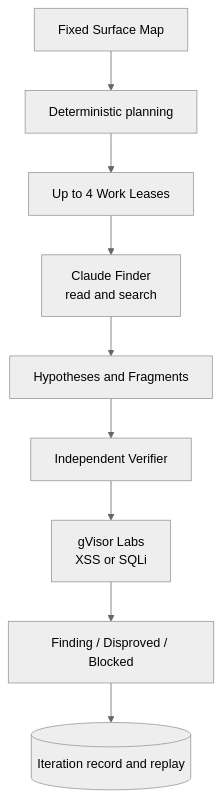
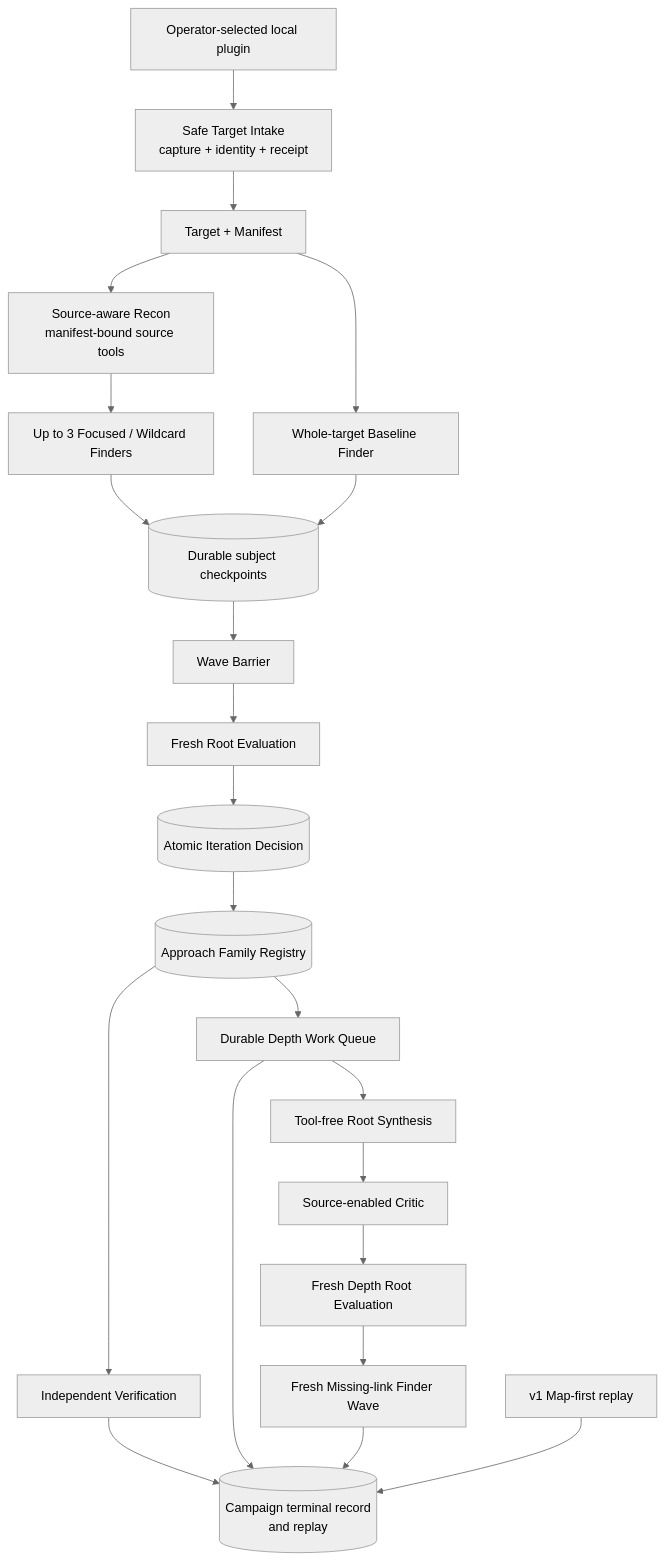
One commit to momoponwork1415-lgtm/wordpress-harness changed the second of 3 diagrams in docs/CODEBASE-GUIDE.md. Above: the diagram before and after it, drawn with Mermaid (neutral theme). The commit also changed other lines of this file and 100 other files, not shown here.

Commit message:
Implement durable semantic research campaign

````diff
--- a/docs/CODEBASE-GUIDE.md
+++ b/docs/CODEBASE-GUIDE.md
@@ -44,14 +44,31 @@
 ```mermaid
 flowchart TB
-    map["Fixed Surface Map"]
-    plan["Deterministic planning"]
-    leases["Up to 4 Work Leases"]
-    finder["Claude Finder<br/>read and search"]
-    outputs["Hypotheses and Fragments"]
-    verifier["Independent Verifier"]
-    labs["gVisor Labs<br/>XSS or SQLi"]
-    outcome["Finding / Disproved / Blocked"]
-    record[("Iteration record and replay")]
+    local["Operator-selected local plugin"]
+    intake["Safe Target Intake<br/>capture + identity + receipt"]
+    source["Target + Manifest"]
+    recon["Source-aware Recon<br/>manifest-bound source tools"]
+    baseline["Whole-target Baseline Finder"]
+    focused["Up to 3 Focused / Wildcard Finders"]
+    checkpoint[("Durable subject checkpoints")]
+    barrier["Wave Barrier"]
+    evaluator["Fresh Root Evaluation"]
+    decision[("Atomic Iteration Decision")]
+    registry[("Approach Family Registry")]
+    verifier["Independent Verification"]
+    depth["Durable Depth Work Queue"]
+    synthesis["Tool-free Root Synthesis"]
+    critic["Source-enabled Critic"]
+    depthEval["Fresh Depth Root Evaluation"]
+    missing["Fresh Missing-link Finder Wave"]
+    terminal[("Campaign terminal record<br/>and replay")]
+    legacy["v1 Map-first replay"]
 
-    map --> plan --> leases --> finder --> outputs --> verifier --> labs --> outcome --> record
+    local --> intake --> source
+    source --> recon --> focused --> checkpoint
+    source --> baseline --> checkpoint
+    checkpoint --> barrier --> evaluator --> decision --> registry
+    registry --> verifier --> terminal
+    registry --> depth --> terminal
+    depth --> synthesis --> critic --> depthEval --> missing --> terminal
+    legacy --> terminal
 ```
````
